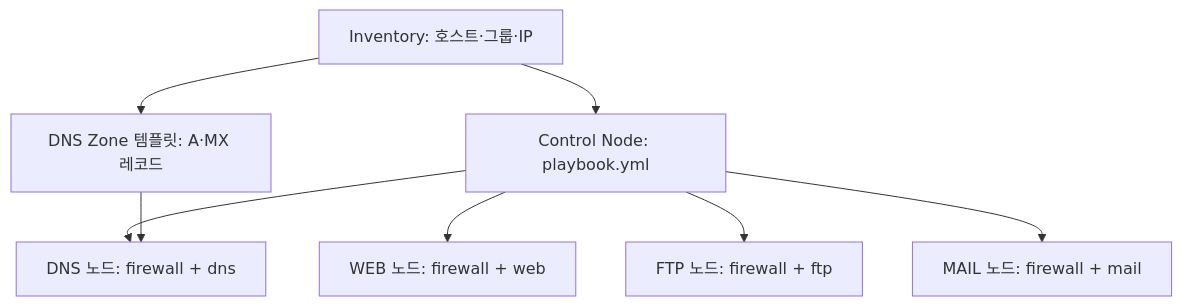
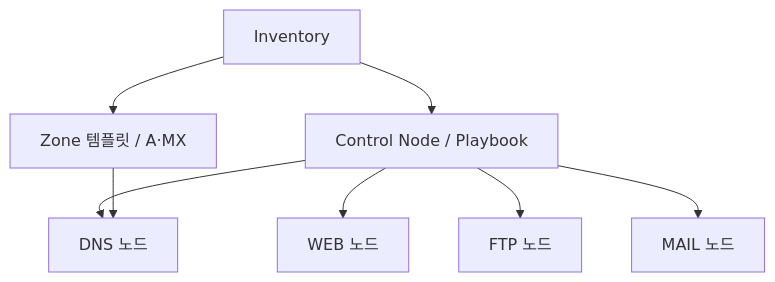
Before and after one commit to tjung03/Ansible-Private-Infrastructure: the diagram in README.md, drawn with Mermaid.

Commit message:
docs: 구성도 레이블을 줄여 README 가독성 개선

````diff
--- a/README.md
+++ b/README.md
@@ -22,10 +22,10 @@
 ```mermaid
 flowchart TB
-    I["Inventory: 호스트·그룹·IP"] --> P["Control Node: playbook.yml"]
-    I --> Z["DNS Zone 템플릿: A·MX 레코드"]
-    P --> D["DNS 노드: firewall + dns"]
-    P --> W["WEB 노드: firewall + web"]
-    P --> F["FTP 노드: firewall + ftp"]
-    P --> M["MAIL 노드: firewall + mail"]
+    I["Inventory"] --> P["Control Node / Playbook"]
+    I --> Z["Zone 템플릿 / A·MX"]
+    P --> D["DNS 노드"]
+    P --> W["WEB 노드"]
+    P --> F["FTP 노드"]
+    P --> M["MAIL 노드"]
     Z --> D
 ```
````
